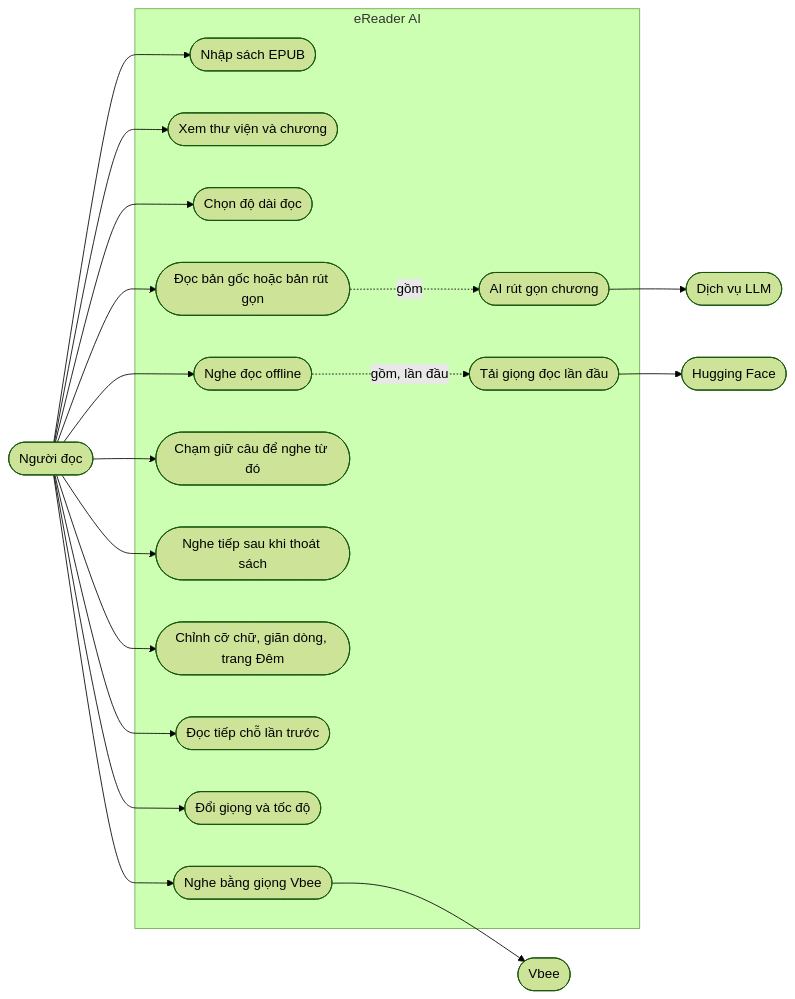
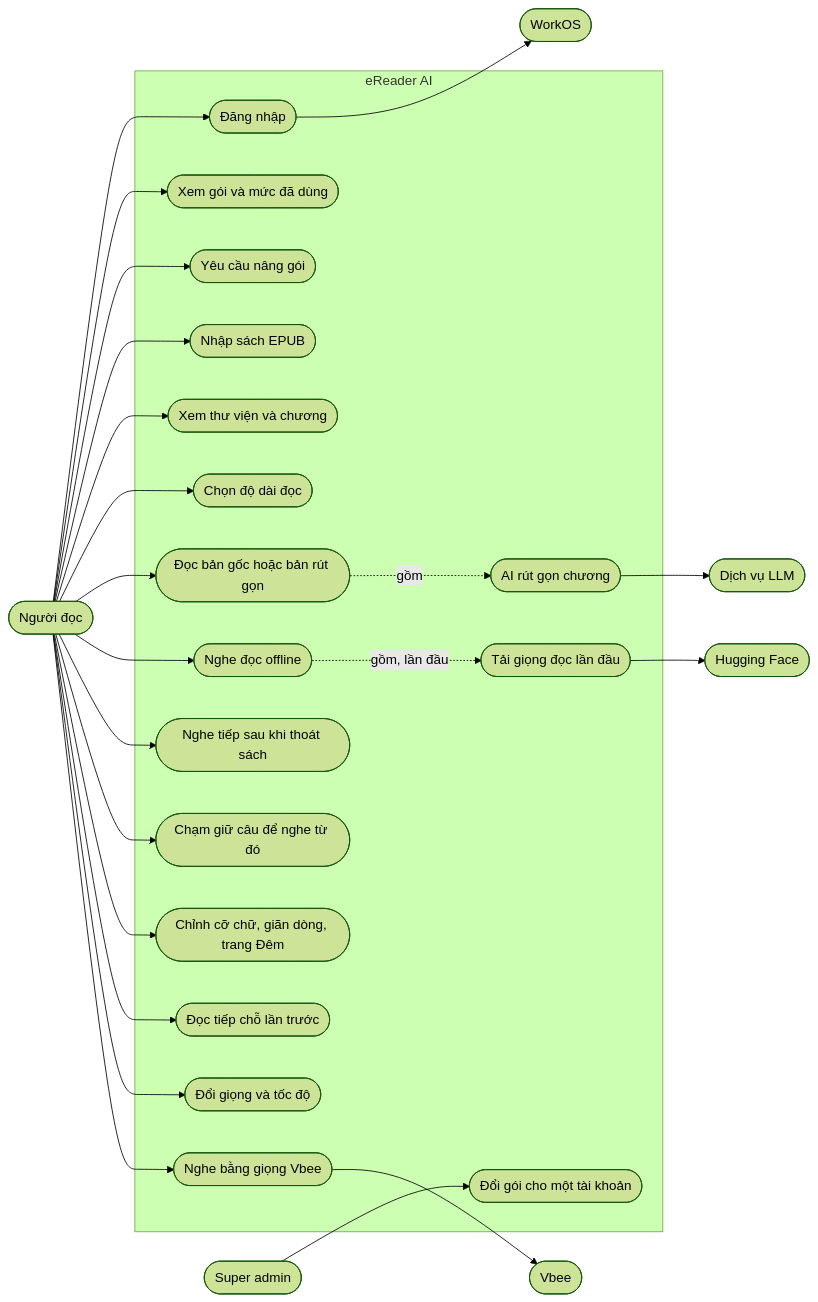
Before and after one commit to tinwritescode/ereader-ai: the first of 2 diagrams in README.vi.md, drawn with Mermaid (forest theme). The commit also changed other lines of this file and 36 other files, not shown here.

````diff
--- a/README.vi.md
+++ b/README.vi.md
@@ -15,41 +15,53 @@
 ```mermaid
 flowchart LR
     reader(["Người đọc"])
     llm(["Dịch vụ LLM"])
     hf(["Hugging Face"])
     vbee(["Vbee"])
+    workos(["WorkOS"])
+    admin(["Super admin"])
 
     subgraph app["eReader AI"]
         import(["Nhập sách EPUB"])
         browse(["Xem thư viện và chương"])
         length(["Chọn độ dài đọc"])
         read(["Đọc bản gốc hoặc bản rút gọn"])
         shorten(["AI rút gọn chương"])
         listen(["Nghe đọc offline"])
         pick(["Chạm giữ câu để nghe từ đó"])
         keepon(["Nghe tiếp sau khi thoát sách"])
         look(["Chỉnh cỡ chữ, giãn dòng, trang Đêm"])
         resume(["Đọc tiếp chỗ lần trước"])
         download(["Tải giọng đọc lần đầu"])
         tune(["Đổi giọng và tốc độ"])
         cloud(["Nghe bằng giọng Vbee"])
+        signin(["Đăng nhập"])
+        usage(["Xem gói và mức đã dùng"])
+        upgrade(["Yêu cầu nâng gói"])
+        grant(["Đổi gói cho một tài khoản"])
     end
+
+    reader --> signin
+    signin --> workos
+    reader --> usage
+    reader --> upgrade
+    admin --> grant
 
     reader --> import
     reader --> browse
     reader --> length
     reader --> read
     reader --> listen
     reader --> keepon
     reader --> pick
     reader --> look
     reader --> resume
     reader --> tune
     reader --> cloud
 
     read -. "gồm" .-> shorten
     listen -. "gồm, lần đầu" .-> download
     shorten --> llm
     download --> hf
     cloud --> vbee
 ```
````
